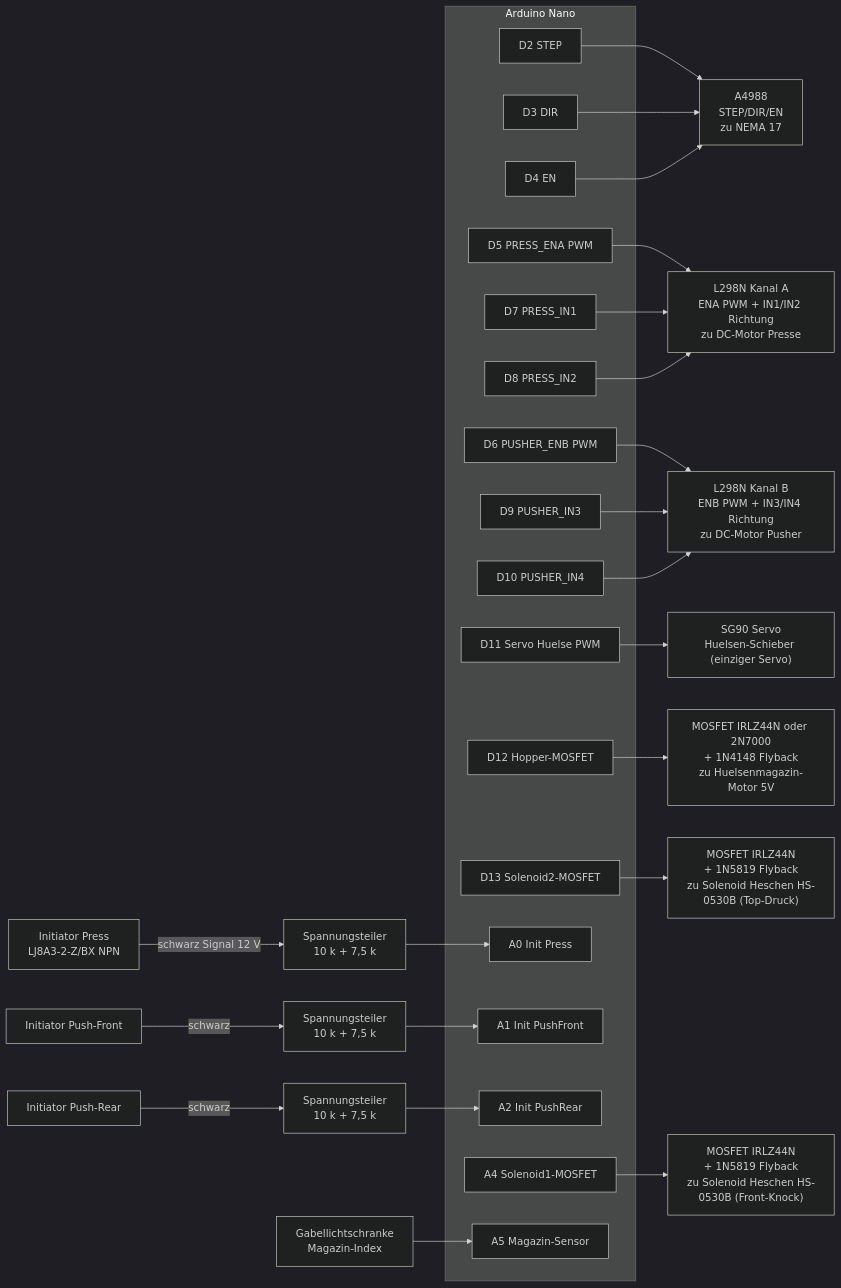
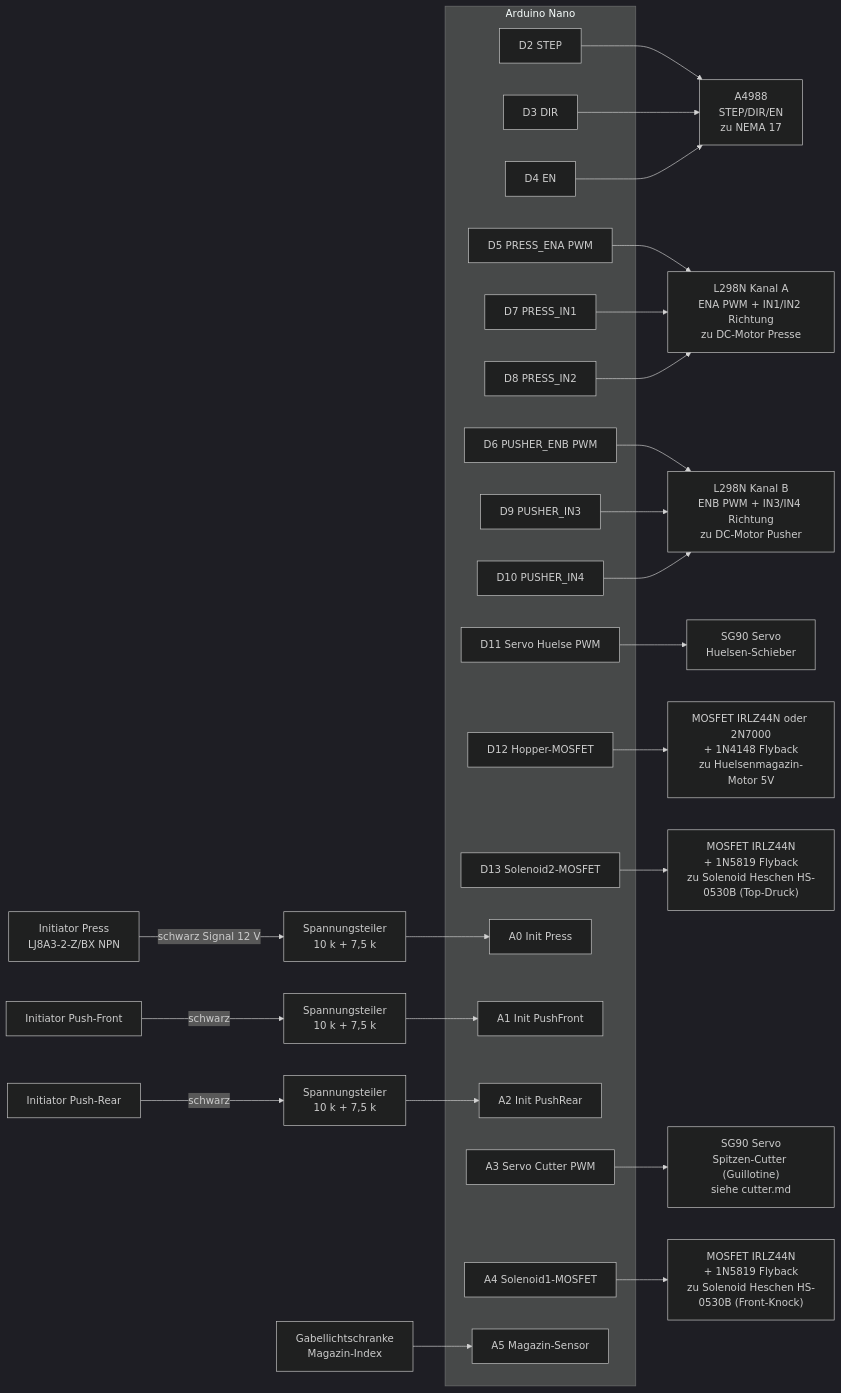
One commit to JohnsonRepo/stopf changed the second of 3 diagrams in docs/wiring.md. Above: the diagram before and after it, drawn with Mermaid (dark theme). The commit also changed other lines of this file and 13 other files, not shown here.

First line of the commit message:
feat: Spitzen-Cutter (Servo-Guillotine, A3) — Firmware v0.5.0 + Doku

````diff
--- a/docs/wiring.md
+++ b/docs/wiring.md
@@ -259,50 +259,52 @@
 ```mermaid
 flowchart LR
     subgraph NANO [Arduino Nano]
         D2["D2 STEP"]
         D3["D3 DIR"]
         D4["D4 EN"]
         D5["D5 PRESS_ENA PWM"]
         D6["D6 PUSHER_ENB PWM"]
         D7["D7 PRESS_IN1"]
         D8["D8 PRESS_IN2"]
         D9["D9 PUSHER_IN3"]
         D10["D10 PUSHER_IN4"]
         D11["D11 Servo Huelse PWM"]
         D12["D12 Hopper-MOSFET"]
         D13["D13 Solenoid2-MOSFET"]
         A0["A0 Init Press"]
         A1["A1 Init PushFront"]
         A2["A2 Init PushRear"]
+        A3["A3 Servo Cutter PWM"]
         A4["A4 Solenoid1-MOSFET"]
         A5["A5 Magazin-Sensor"]
     end
 
     D2 --> A4988["A4988<br/>STEP/DIR/EN<br/>zu NEMA 17"]
     D3 --> A4988
     D4 --> A4988
 
     D5 --> L298N_A["L298N Kanal A<br/>ENA PWM + IN1/IN2 Richtung<br/>zu DC-Motor Presse"]
     D7 --> L298N_A
     D8 --> L298N_A
 
     D6 --> L298N_B["L298N Kanal B<br/>ENB PWM + IN3/IN4 Richtung<br/>zu DC-Motor Pusher"]
     D9 --> L298N_B
     D10 --> L298N_B
 
-    D11 --> SERVO["SG90 Servo<br/>Huelsen-Schieber (einziger Servo)"]
+    D11 --> SERVO["SG90 Servo<br/>Huelsen-Schieber"]
+    A3 --> CUTSERVO["SG90 Servo<br/>Spitzen-Cutter (Guillotine)<br/>siehe cutter.md"]
 
     A4 --> MOS1["MOSFET IRLZ44N<br/>+ 1N5819 Flyback<br/>zu Solenoid Heschen HS-0530B (Front-Knock)"]
     D13 --> MOS2["MOSFET IRLZ44N<br/>+ 1N5819 Flyback<br/>zu Solenoid Heschen HS-0530B (Top-Druck)"]
     D12 --> MOS3["MOSFET IRLZ44N oder 2N7000<br/>+ 1N4148 Flyback<br/>zu Huelsenmagazin-Motor 5V"]
 
     DIV1["Spannungsteiler<br/>10 k + 7,5 k"] --> A0
     DIV2["Spannungsteiler<br/>10 k + 7,5 k"] --> A1
     DIV3["Spannungsteiler<br/>10 k + 7,5 k"] --> A2
 
     INIT_P["Initiator Press<br/>LJ8A3-2-Z/BX NPN"] -->|schwarz Signal 12 V| DIV1
     INIT_PF["Initiator Push-Front"] -->|schwarz| DIV2
     INIT_PR["Initiator Push-Rear"] -->|schwarz| DIV3
 
     OPTO["Gabellichtschranke<br/>Magazin-Index"] --> A5
 ```
````
